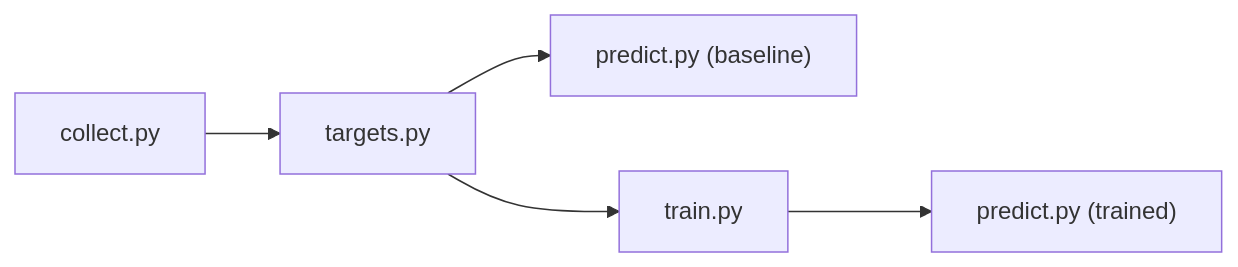
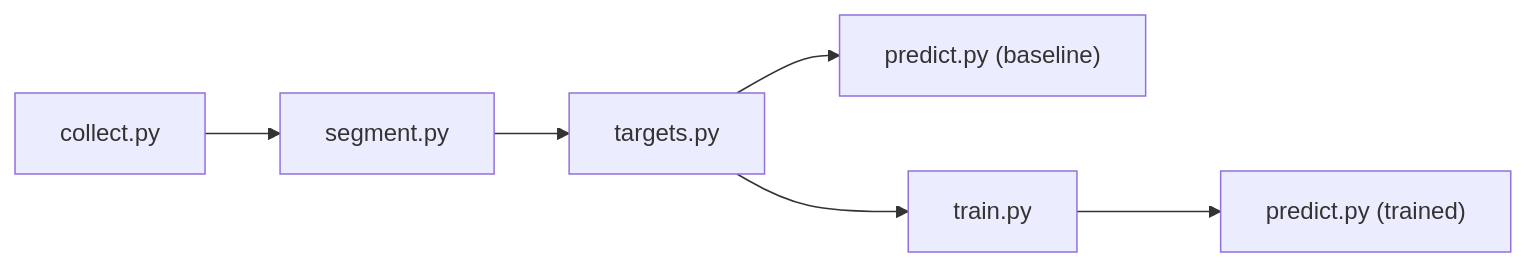
The diagram in expts/nlac/README.md (tatami-galaxy/rl-credit-assign), drawn with Mermaid before and after one commit. The commit also changed other lines of this file and 5 other files, not shown here.

````diff
--- a/expts/nlac/README.md
+++ b/expts/nlac/README.md
@@ -18,6 +18,6 @@
 ```mermaid
 flowchart LR
-    collect[collect.py] --> targets[targets.py]
+    collect[collect.py] --> segment[segment.py] --> targets[targets.py]
     targets --> baseline["predict.py (baseline)"]
     targets --> train[train.py] --> trained["predict.py (trained)"]
 ```
````
